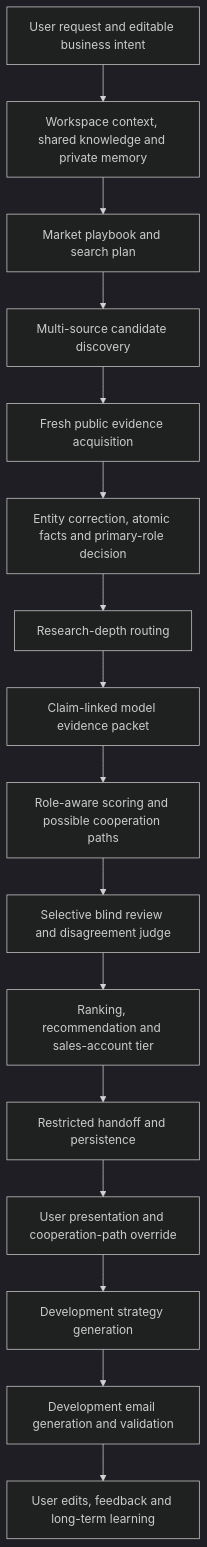
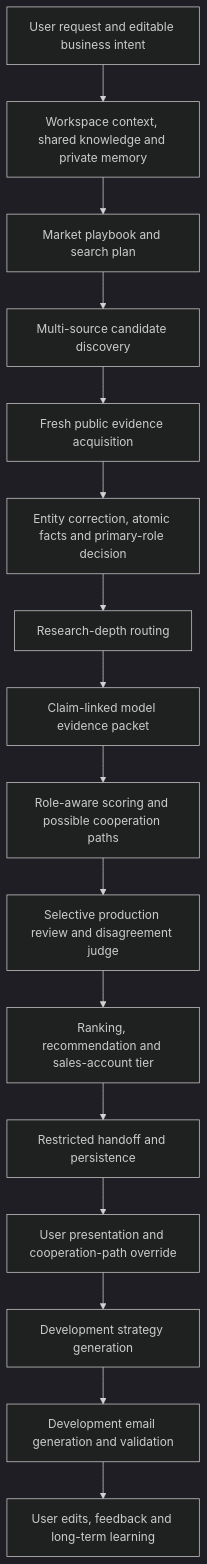
One commit to yiwei0168-alt/codex_sales_leads changed the diagram in docs/generated/LEAD_EVALUATION_WORKFLOW_V2.md. Above: the diagram before and after it, drawn with Mermaid (dark theme). The commit also changed other lines of this file and 16 other files, not shown here.

````diff
--- a/docs/generated/LEAD_EVALUATION_WORKFLOW_V2.md
+++ b/docs/generated/LEAD_EVALUATION_WORKFLOW_V2.md
@@ -13,19 +13,19 @@
 ```mermaid
 flowchart TD
   S1["User request and editable business intent"] --> S2
   S2["Workspace context, shared knowledge and private memory"] --> S3
   S3["Market playbook and search plan"] --> S4
   S4["Multi-source candidate discovery"] --> S5
   S5["Fresh public evidence acquisition"] --> S6
   S6["Entity correction, atomic facts and primary-role decision"] --> S7
   S7["Research-depth routing"] --> S8
   S8["Claim-linked model evidence packet"] --> S9
   S9["Role-aware scoring and possible cooperation paths"] --> S10
-  S10["Selective blind review and disagreement judge"] --> S11
+  S10["Selective production review and disagreement judge"] --> S11
   S11["Ranking, recommendation and sales-account tier"] --> S12
   S12["Restricted handoff and persistence"] --> S13
   S13["User presentation and cooperation-path override"] --> S14
   S14["Development strategy generation"] --> S15
   S15["Development email generation and validation"] --> S16
   S16["User edits, feedback and long-term learning"]
 ```
````
